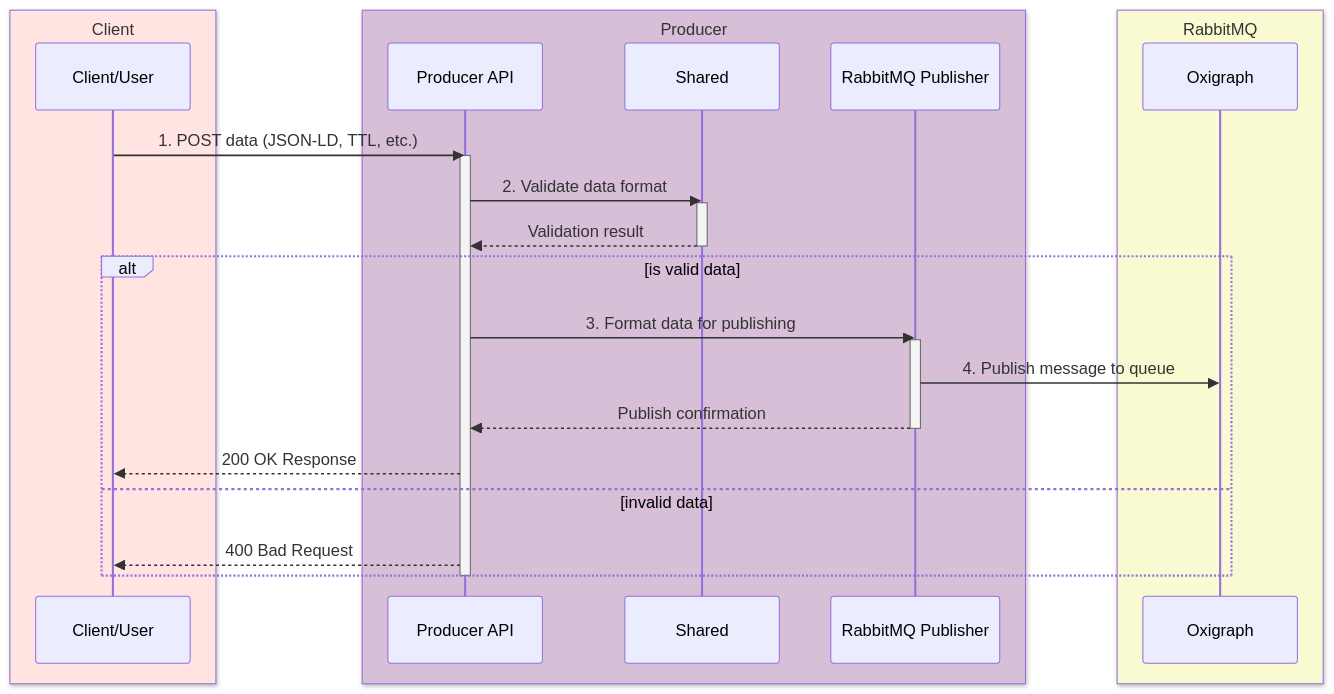
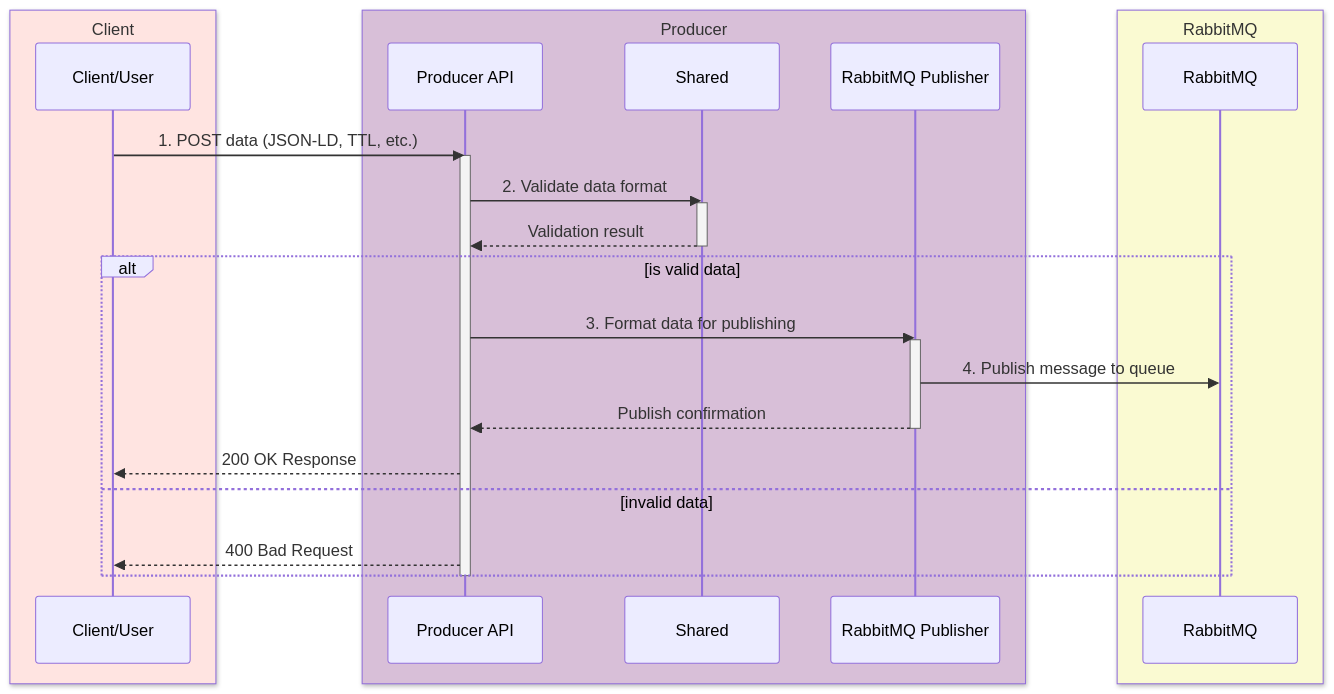
The first of 2 diagrams in docs/ingestion_service.md (sensein/brainkbdocs), drawn with Mermaid before and after one commit. The commit also changed 4 other files, not shown here.

````diff
--- a/docs/ingestion_service.md
+++ b/docs/ingestion_service.md
@@ -27,39 +27,39 @@
 ```{mermaid}
 sequenceDiagram
     %% Client/User on the left
     box MistyRose Client
         participant Client as Client/User
     end
 
     box Thistle Producer
         participant API as Producer API
         participant Validator as  Shared
         participant Publisher as RabbitMQ Publisher
     end
 
     box LightGoldenRodYellow RabbitMQ 
-        participant RabbitMQ as Oxigraph
+        participant RabbitMQ as RabbitMQ
     end
 
     %% Client submits data
     Client->>API: 1. POST data (JSON-LD, TTL, etc.)
     activate API
     
     %% Producer service validates and publishes
     API->>Validator: 2. Validate data format
     activate Validator
     Validator-->>API: Validation result
     deactivate Validator
     
     alt is valid data
         API->>Publisher: 3. Format data for publishing
         activate Publisher
         Publisher->>RabbitMQ: 4. Publish message to queue
         Publisher-->>API: Publish confirmation
         deactivate Publisher
         API-->>Client: 200 OK Response
     else invalid data
         API-->>Client: 400 Bad Request
     end
     deactivate API
 ```
````
